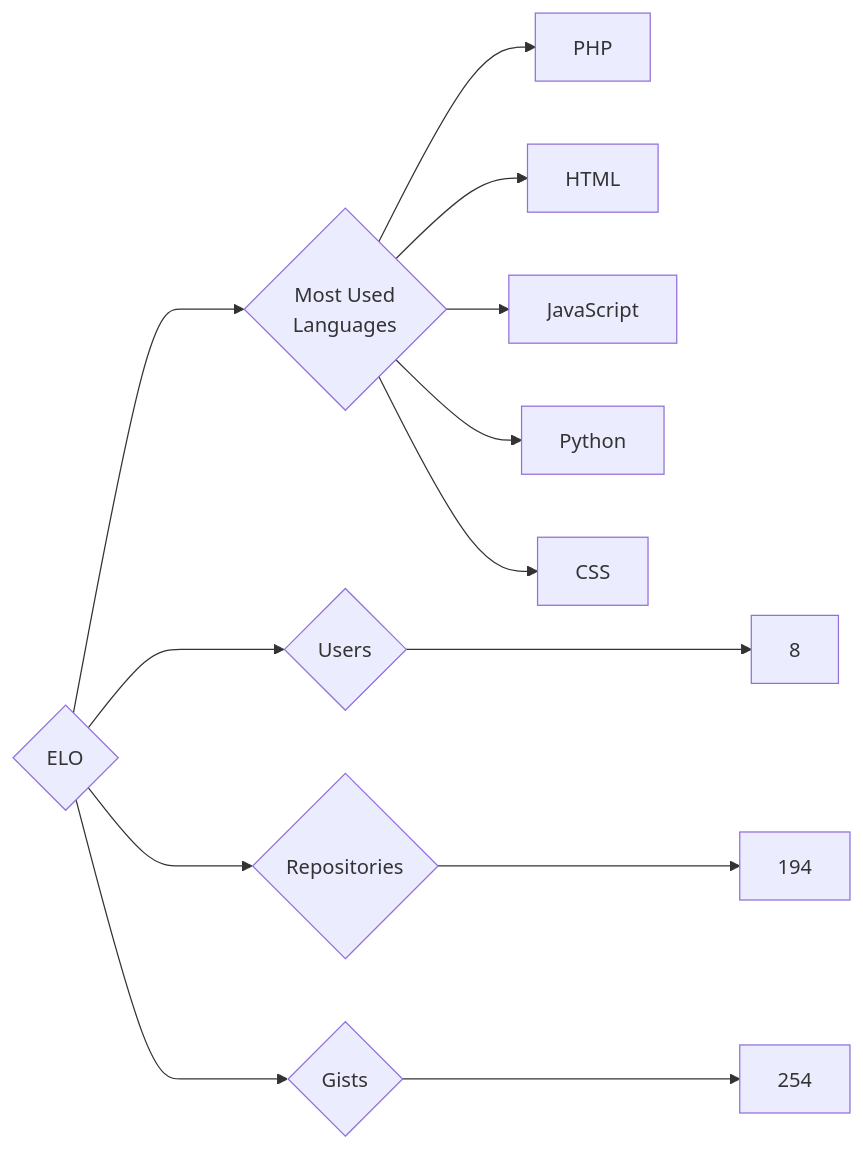
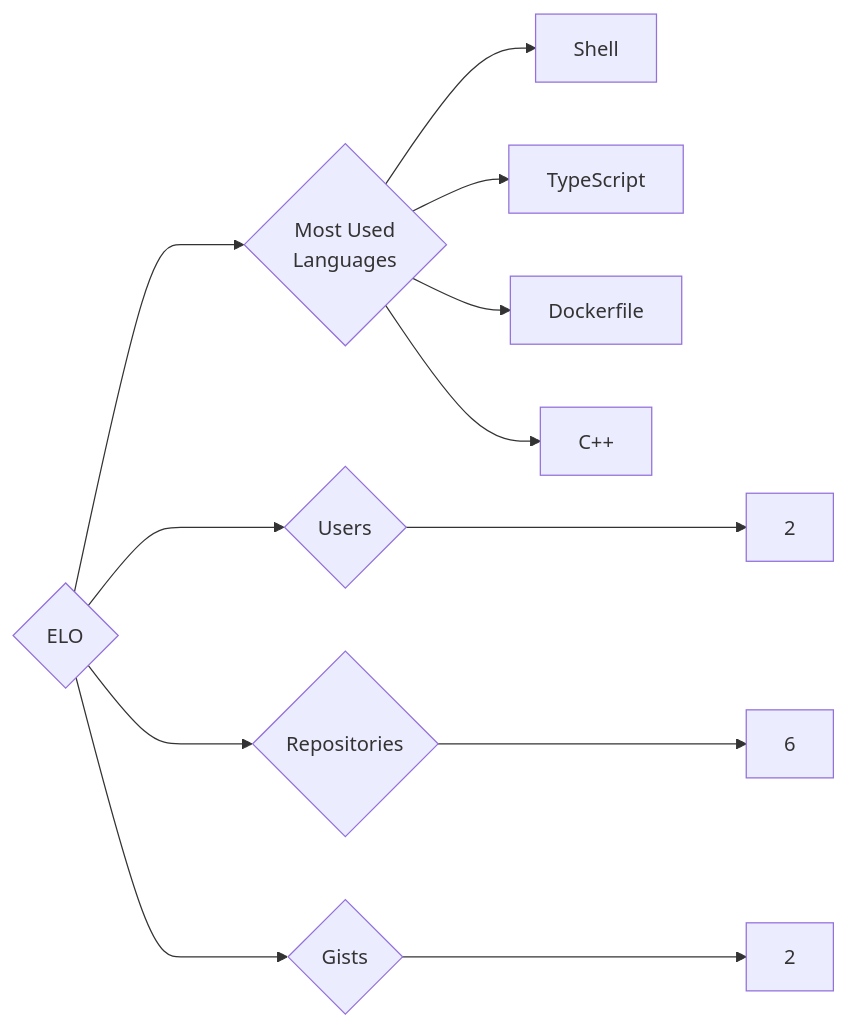
One commit to trickest/insiders changed the diagram in targets/ELO/README.md. Above: the diagram before and after it, drawn with Mermaid. The commit also changed 1170 other files, not shown here.

````diff
--- a/targets/ELO/README.md
+++ b/targets/ELO/README.md
@@ -3,13 +3,12 @@
 ```mermaid
 graph LR
 COMPANY_NAME{ELO}
-COMPANY_NAME ---> U{Users} ---> UN[8]
-COMPANY_NAME ---> R{Repositories} ---> RN[194]
-COMPANY_NAME ---> G{Gists} ---> GN[254]
+COMPANY_NAME ---> U{Users} ---> UN[2]
+COMPANY_NAME ---> R{Repositories} ---> RN[6]
+COMPANY_NAME ---> G{Gists} ---> GN[2]
 COMPANY_NAME ---> ML{Most Used<br>Languages}
-ML --> PHP[PHP]
-ML --> HTML[HTML]
-ML --> JavaScript[JavaScript]
-ML --> Python[Python]
-ML --> CSS[CSS]
+ML --> Shell[Shell]
+ML --> TypeScript[TypeScript]
+ML --> Dockerfile[Dockerfile]
+ML --> C++[C++]
 ```
````
